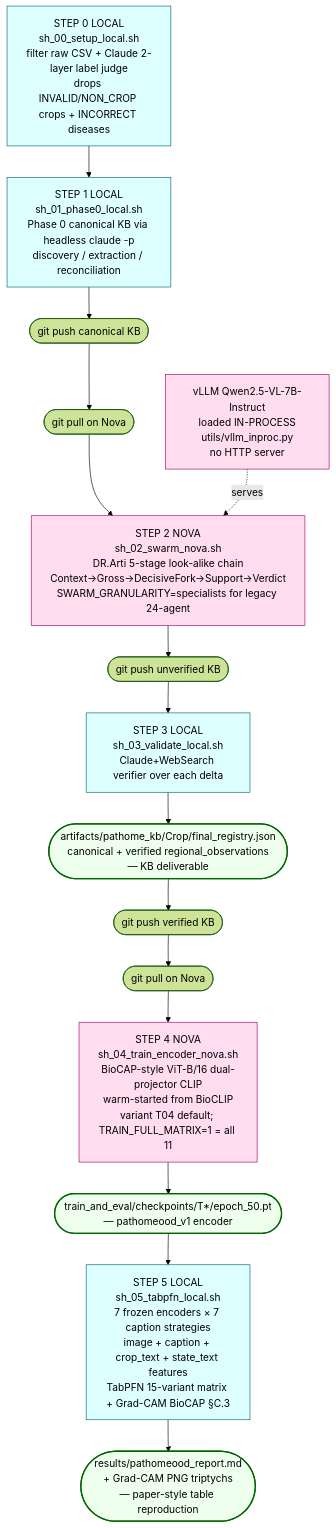
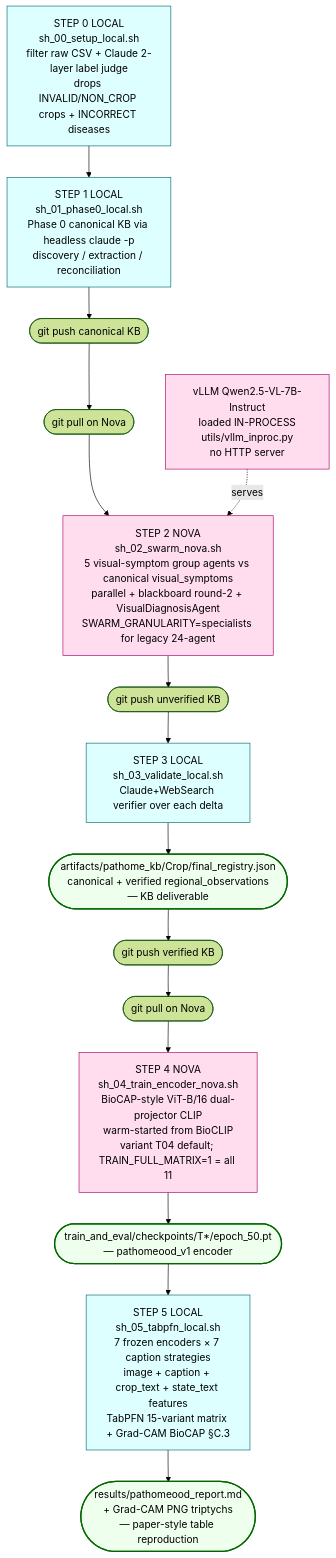
The first of 5 diagrams in FLOW.md (tirtho149/PRESAGE), drawn with Mermaid (forest theme) before and after one commit. The commit also changed other lines of this file and 6 other files, not shown here.

````diff
--- a/FLOW.md
+++ b/FLOW.md
@@ -29,29 +29,29 @@
 ```mermaid
 flowchart TD
     S0[STEP 0 LOCAL<br/>sh_00_setup_local.sh<br/>filter raw CSV + Claude 2-layer label judge<br/>drops INVALID/NON_CROP crops + INCORRECT diseases]
     S1[STEP 1 LOCAL<br/>sh_01_phase0_local.sh<br/>Phase 0 canonical KB via headless claude -p<br/>discovery / extraction / reconciliation]
     PUSH1([git push canonical KB])
     PULL1([git pull on Nova])
     VLLM[vLLM Qwen2.5-VL-7B-Instruct<br/>loaded IN-PROCESS<br/>utils/vllm_inproc.py<br/>no HTTP server]
-    S2[STEP 2 NOVA<br/>sh_02_swarm_nova.sh<br/>DR.Arti 5-stage look-alike chain<br/>Context→Gross→DecisiveFork→Support→Verdict<br/>SWARM_GRANULARITY=specialists for legacy 24-agent]
+    S2[STEP 2 NOVA<br/>sh_02_swarm_nova.sh<br/>5 visual-symptom group agents vs canonical visual_symptoms<br/>parallel + blackboard round-2 + VisualDiagnosisAgent<br/>SWARM_GRANULARITY=specialists for legacy 24-agent]
     PUSH2([git push unverified KB])
     S3[STEP 3 LOCAL<br/>sh_03_validate_local.sh<br/>Claude+WebSearch verifier over each delta]
     REG([artifacts/pathome_kb/Crop/final_registry.json<br/>canonical + verified regional_observations<br/>— KB deliverable])
     PUSH3([git push verified KB])
     PULL2([git pull on Nova])
     S4[STEP 4 NOVA<br/>sh_04_train_encoder_nova.sh<br/>BioCAP-style ViT-B/16 dual-projector CLIP<br/>warm-started from BioCLIP<br/>variant T04 default; TRAIN_FULL_MATRIX=1 = all 11]
     CKPT([train_and_eval/checkpoints/T*/epoch_50.pt<br/>— pathomeood_v1 encoder])
     S5[STEP 5 LOCAL<br/>sh_05_tabpfn_local.sh<br/>7 frozen encoders × 7 caption strategies<br/>image + caption + crop_text + state_text features<br/>TabPFN 15-variant matrix + Grad-CAM BioCAP §C.3]
     METRICS([results/pathomeood_report.md<br/>+ Grad-CAM PNG triptychs<br/>— paper-style table reproduction])
 
     S0 --> S1 --> PUSH1 --> PULL1 --> S2
     VLLM -.serves.-> S2 --> PUSH2 --> S3 --> REG --> PUSH3 --> PULL2 --> S4
     S4 --> CKPT --> S5 --> METRICS
 
     classDef local fill:#dff,stroke:#066,stroke-width:1px
     classDef gpu fill:#fde,stroke:#a06,stroke-width:1px
     classDef terminal fill:#efe,stroke:#060,stroke-width:2px
     class S0,S1,S3,S5 local
     class VLLM,S2,S4 gpu
     class REG,CKPT,METRICS terminal
 ```
````
